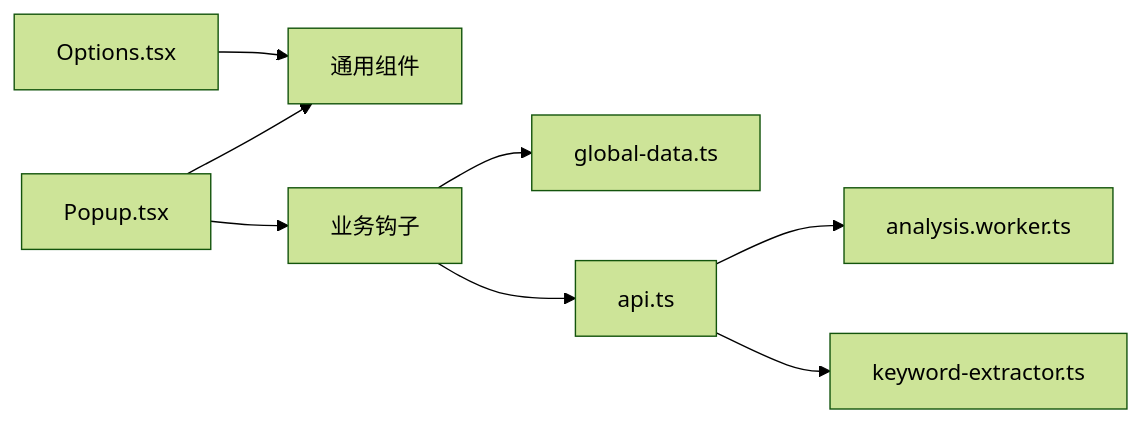
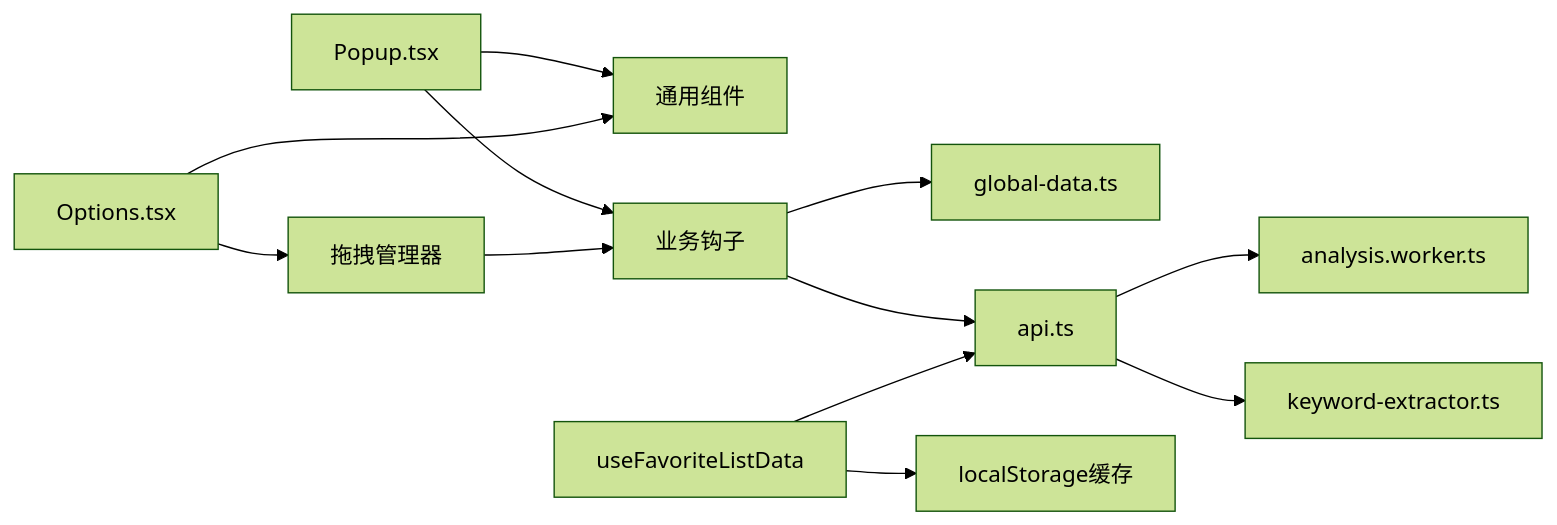
One commit to RadiumAg/bilibili-favorites changed the eighth of 8 diagrams in .qoder/repowiki/zh/content/核心功能模块/核心功能模块.md. Above: the diagram before and after it, drawn with Mermaid (forest theme). The commit also changed other lines of this file and 5 other files, not shown here.

````diff
--- a/.qoder/repowiki/zh/content/核心功能模块/核心功能模块.md
+++ b/.qoder/repowiki/zh/content/核心功能模块/核心功能模块.md
@@ -288,10 +377,14 @@
 ```mermaid
 graph LR
 Popup["Popup.tsx"] --> Components["通用组件"]
 Popup --> Hooks["业务钩子"]
 Options["Options.tsx"] --> Components
+Options --> DragManager["拖拽管理器"]
+DragManager --> Hooks
 Hooks --> Store["global-data.ts"]
 Hooks --> API["api.ts"]
 API --> Worker["analysis.worker.ts"]
 API --> Extractor["keyword-extractor.ts"]
+useFavoriteListData["useFavoriteListData"] --> API
+useFavoriteListData --> LocalStorage["localStorage缓存"]
 ```
````
